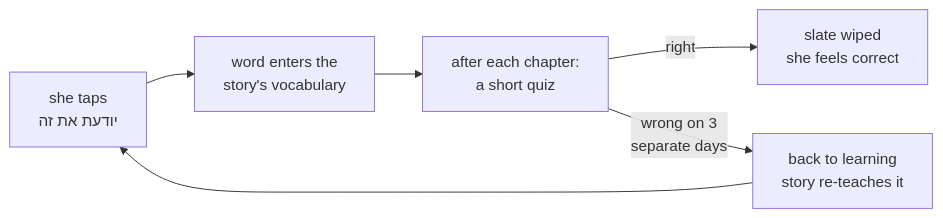
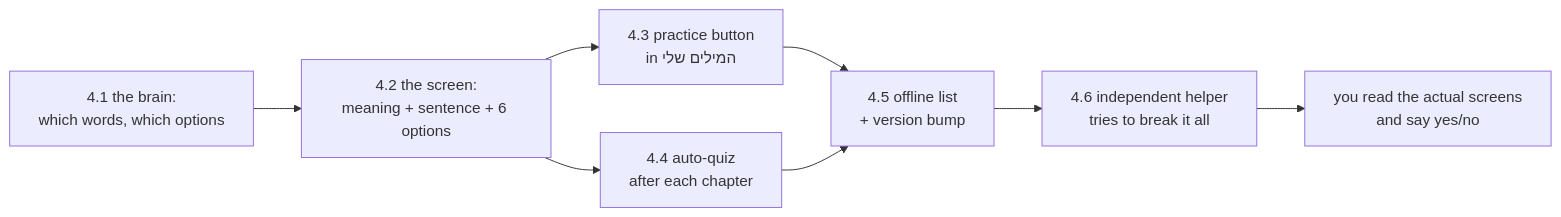
One commit to dkreinov/magic-clinic-english changed the diagram in .oplan/word-quiz/STATUS.md. Above: the diagram before and after it, drawn with Mermaid. The commit also changed other lines of this file and 6 other files, not shown here.

````diff
--- a/.oplan/word-quiz/STATUS.md
+++ b/.oplan/word-quiz/STATUS.md
@@ -16,8 +15,10 @@
 ```mermaid
 flowchart LR
-    A["she taps<br/>יודעת את זה"] --> B["word enters the<br/>story's vocabulary"]
-    B --> C["after each chapter:<br/>a short quiz"]
-    C -->|right| D["slate wiped<br/>she feels correct"]
-    C -->|"wrong on 3<br/>separate days"| E["back to learning<br/>story re-teaches it"]
-    E --> A
+    A["4.1 the brain:<br/>which words, which options"] --> B["4.2 the screen:<br/>meaning + sentence + 6 options"]
+    B --> C["4.3 practice button<br/>in המילים שלי"]
+    B --> D["4.4 auto-quiz<br/>after each chapter"]
+    C --> E["4.5 offline list<br/>+ version bump"]
+    D --> E
+    E --> F["4.6 independent helper<br/>tries to break it all"]
+    F --> G["you read the actual screens<br/>and say yes/no"]
 ```
````
